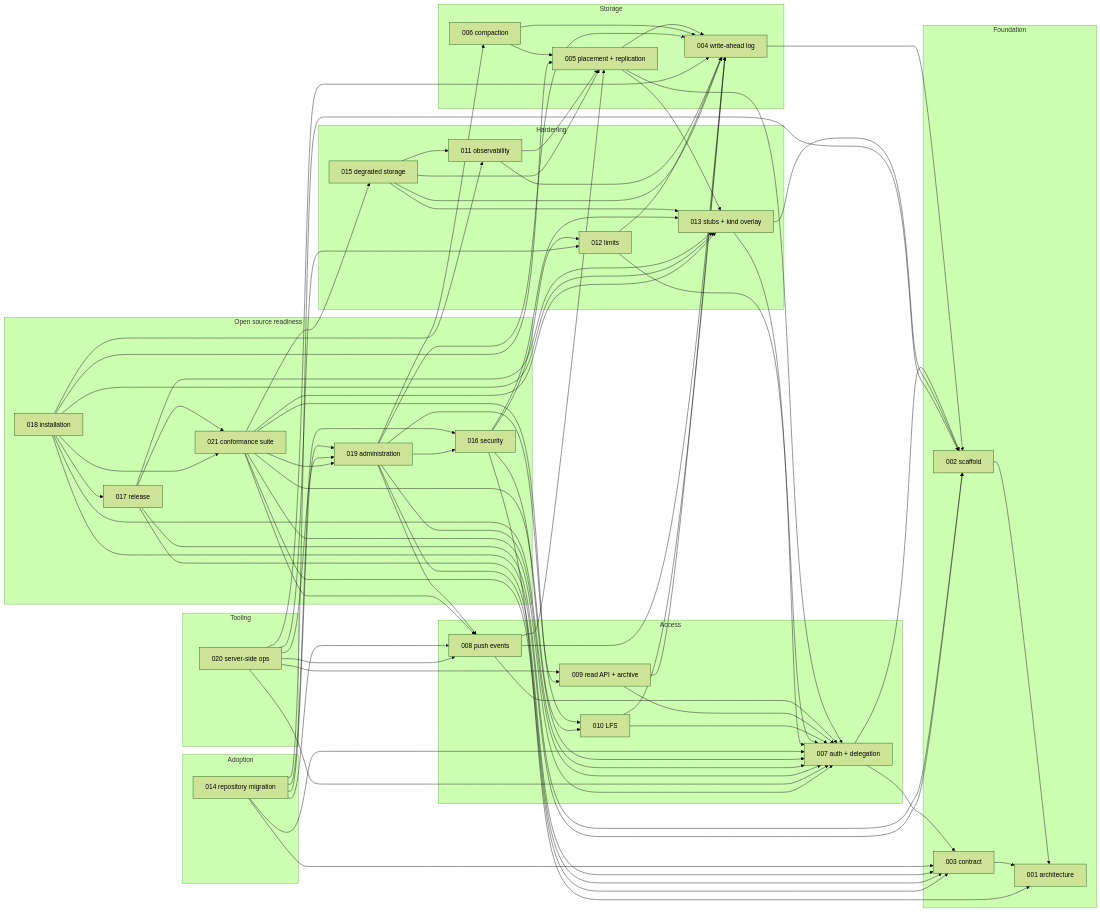
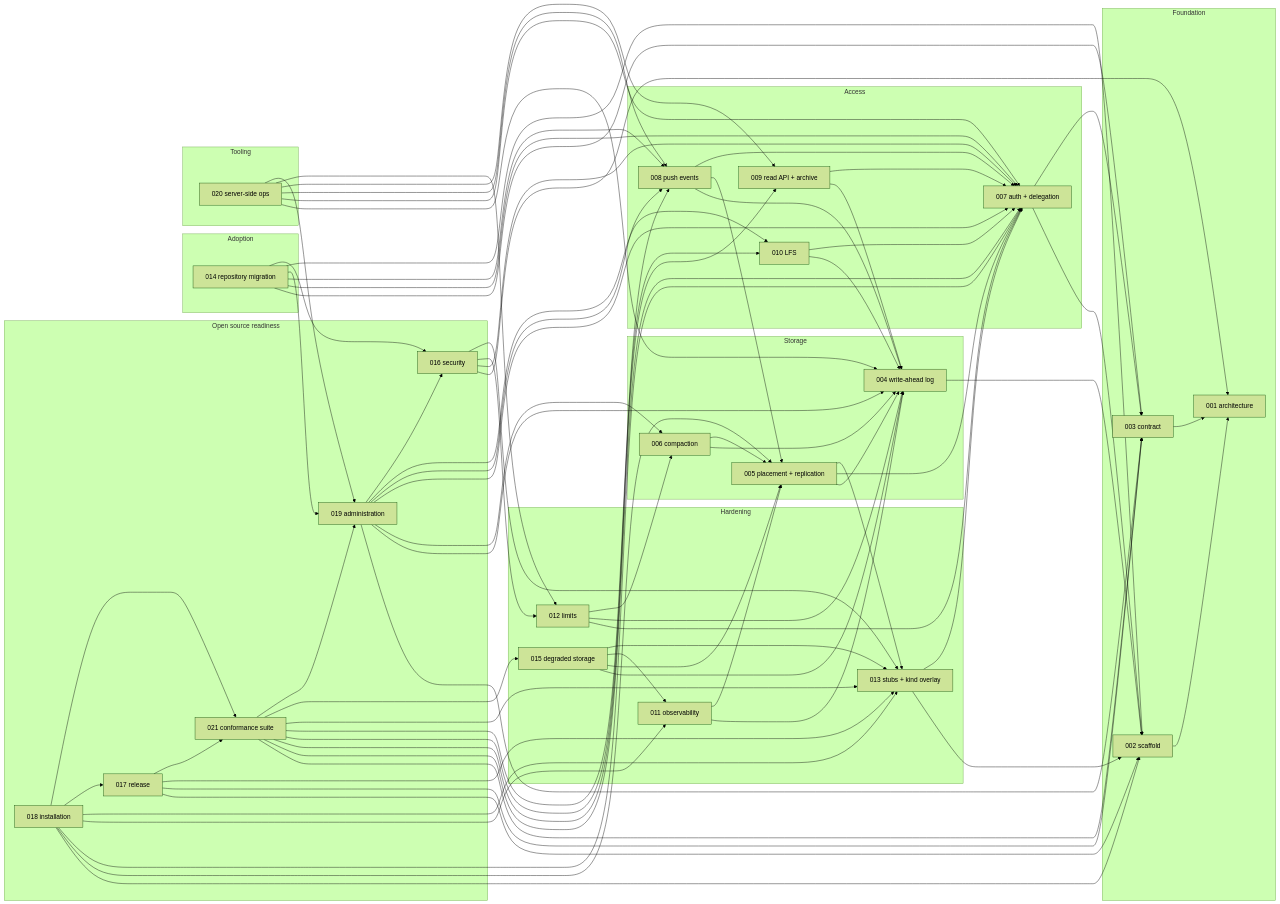
The second of 2 diagrams in specs/README.md (latere-ai/origo), drawn with Mermaid (forest theme) before and after one commit. The commit also changed 1 other file, not shown here.

Commit message:
specs(012): depends on 006, which builds internal/compact where TestCompactionSkipsWhenNoSlot lives

```diff
--- a/specs/README.md
+++ b/specs/README.md
@@ -134,6 +134,7 @@
   S011 --> S005
   S012 --> S007
   S012 --> S004
+  S012 --> S006
   S013 --> S002
   S013 --> S007
   S014 --> S003
```
